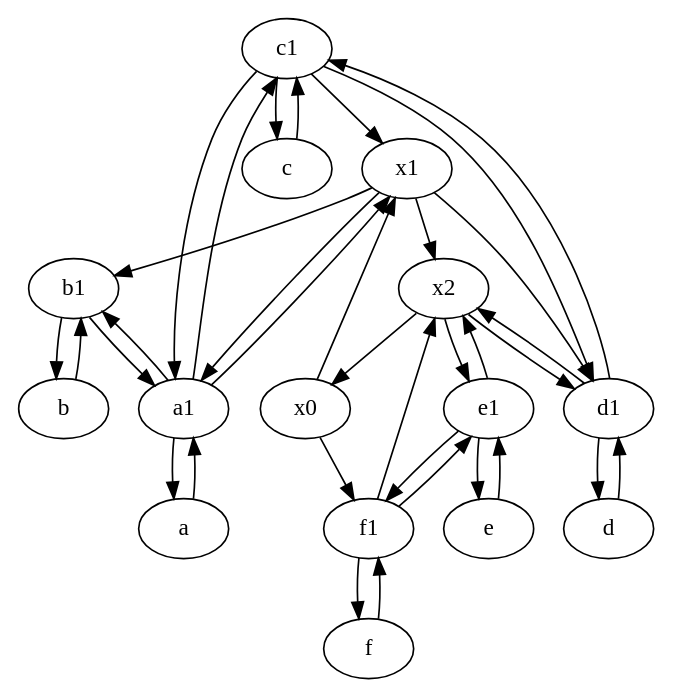
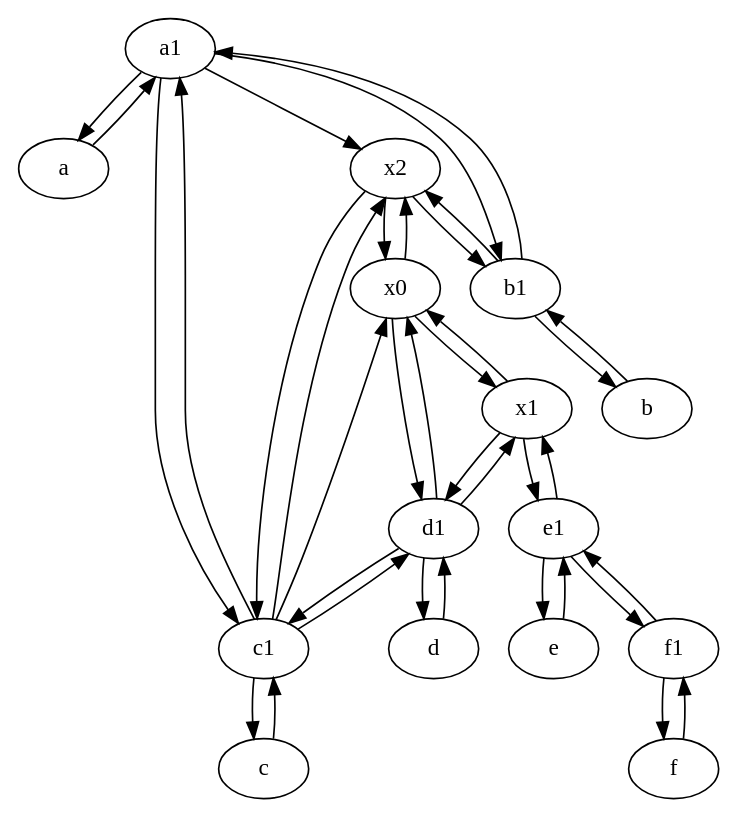
Before and after one commit to anisabnis/graph_inference: the diagram in results_deter/6et1/topologyinf.dot, drawn with Graphviz. The commit also changed 11275 other files, not shown here.

```diff
--- a/results_deter/6et1/topologyinf.dot
+++ b/results_deter/6et1/topologyinf.dot
@@ -1,52 +1,54 @@
 digraph  {
+	a1 [pos="40,15!"];
+	b [pos="50,20!"];
+	x0;
+	e [pos="30,50!"];
+	f [pos="15,45!"];
+	e1 [pos="25,45!"];
+	d [pos="20,30!"];
+	a [pos="40,10!"];
+	x1;
+	x2;
+	d1 [pos="25,30!"];
+	c [pos="20,10!"];
+	b1 [pos="45,20!"];
 	c1 [pos="30,15!"];
-	x2;
-	e1 [pos="25,45!"];
-	f [pos="15,45!"];
-	x0;
-	x1;
-	b1 [pos="45,20!"];
-	c [pos="20,10!"];
-	a [pos="40,10!"];
-	d [pos="20,30!"];
-	e [pos="30,50!"];
-	b [pos="50,20!"];
-	d1 [pos="25,30!"];
-	a1 [pos="40,15!"];
 	f1;
+	f1 -> e1;
+	a1 -> c1;
+	e1 -> f1;
+	x1 -> x0;
+	d1 -> c1;
+	x2 -> b1;
+	b -> b1;
+	a1 -> a;
+	e -> e1;
+	c -> c1;
+	c1 -> c;
+	d1 -> x0;
+	a -> a1;
+	x2 -> c1;
+	d1 -> x1;
+	d -> d1;
+	c1 -> x0;
+	b1 -> b;
+	f1 -> f;
+	a1 -> x2;
+	e1 -> e;
+	x1 -> e1;
+	x0 -> d1;
+	d1 -> d;
+	x0 -> x1;
+	b1 -> a1;
+	e1 -> x1;
 	c1 -> a1;
-	c1 -> c;
-	x0 -> x1;
-	x0 -> f1;
-	b -> b1;
-	x1 -> b1;
-	f1 -> e1;
 	x1 -> d1;
+	b1 -> x2;
+	x2 -> x0;
+	x0 -> x2;
+	c1 -> x2;
 	a1 -> b1;
-	d -> d1;
-	c -> c1;
+	f -> f1;
 	c1 -> d1;
-	a1 -> x1;
-	e1 -> e;
-	b1 -> a1;
-	a1 -> a;
-	b1 -> b;
-	c1 -> x1;
-	x1 -> x2;
-	e1 -> x2;
-	d1 -> x2;
-	a -> a1;
-	f1 -> f;
-	f1 -> x2;
-	f -> f1;
-	x2 -> x0;
-	e1 -> f1;
-	x1 -> a1;
-	x2 -> e1;
-	d1 -> d;
-	e -> e1;
-	x2 -> d1;
-	a1 -> c1;
-	d1 -> c1;
 
 	}
```
